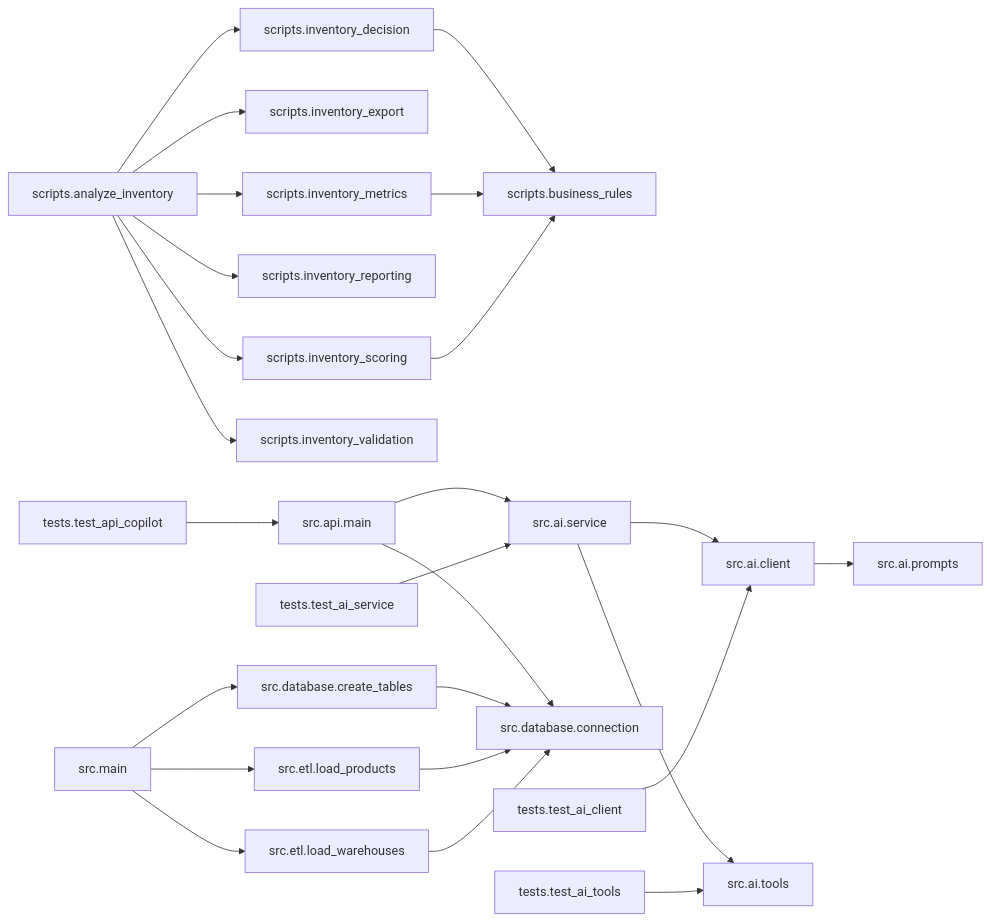
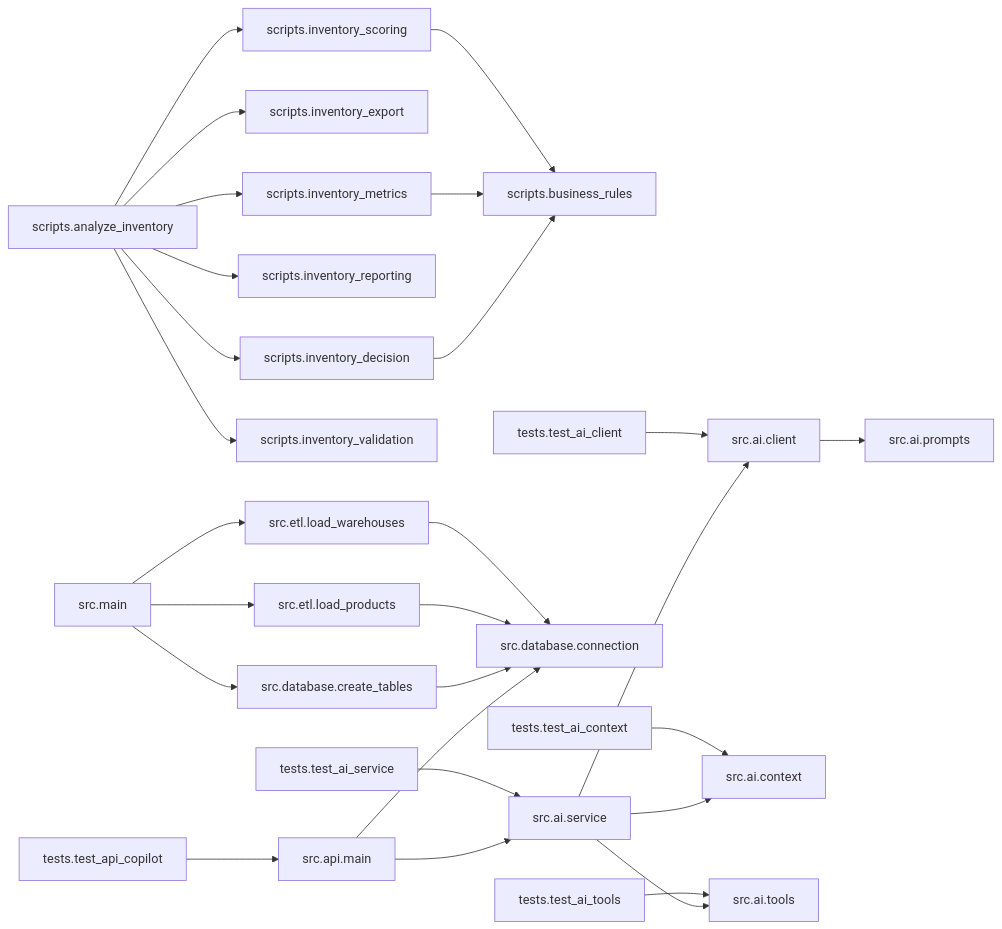
The diagram in docs/project_audit/PROJECT_AUDIT.md (RodsSoares/ai-supply-chain-copilot), drawn with Mermaid before and after one commit. The commit also changed other lines of this file and 6 other files, not shown here.

````diff
--- a/docs/project_audit/PROJECT_AUDIT.md
+++ b/docs/project_audit/PROJECT_AUDIT.md
@@ -476,27 +499,29 @@
 ```mermaid
 flowchart LR
     scripts_analyze_inventory["scripts.analyze_inventory"] --> scripts_inventory_decision["scripts.inventory_decision"]
     scripts_analyze_inventory["scripts.analyze_inventory"] --> scripts_inventory_export["scripts.inventory_export"]
     scripts_analyze_inventory["scripts.analyze_inventory"] --> scripts_inventory_metrics["scripts.inventory_metrics"]
     scripts_analyze_inventory["scripts.analyze_inventory"] --> scripts_inventory_reporting["scripts.inventory_reporting"]
     scripts_analyze_inventory["scripts.analyze_inventory"] --> scripts_inventory_scoring["scripts.inventory_scoring"]
     scripts_analyze_inventory["scripts.analyze_inventory"] --> scripts_inventory_validation["scripts.inventory_validation"]
     scripts_inventory_decision["scripts.inventory_decision"] --> scripts_business_rules["scripts.business_rules"]
     scripts_inventory_metrics["scripts.inventory_metrics"] --> scripts_business_rules["scripts.business_rules"]
     scripts_inventory_scoring["scripts.inventory_scoring"] --> scripts_business_rules["scripts.business_rules"]
     src_ai_client["src.ai.client"] --> src_ai_prompts["src.ai.prompts"]
     src_ai_service["src.ai.service"] --> src_ai_client["src.ai.client"]
+    src_ai_service["src.ai.service"] --> src_ai_context["src.ai.context"]
     src_ai_service["src.ai.service"] --> src_ai_tools["src.ai.tools"]
     src_api_main["src.api.main"] --> src_ai_service["src.ai.service"]
     src_api_main["src.api.main"] --> src_database_connection["src.database.connection"]
     src_database_create_tables["src.database.create_tables"] --> src_database_connection["src.database.connection"]
     src_etl_load_products["src.etl.load_products"] --> src_database_connection["src.database.connection"]
     src_etl_load_warehouses["src.etl.load_warehouses"] --> src_database_connection["src.database.connection"]
     src_main["src.main"] --> src_database_create_tables["src.database.create_tables"]
     src_main["src.main"] --> src_etl_load_products["src.etl.load_products"]
     src_main["src.main"] --> src_etl_load_warehouses["src.etl.load_warehouses"]
     tests_test_ai_client["tests.test_ai_client"] --> src_ai_client["src.ai.client"]
+    tests_test_ai_context["tests.test_ai_context"] --> src_ai_context["src.ai.context"]
     tests_test_ai_service["tests.test_ai_service"] --> src_ai_service["src.ai.service"]
     tests_test_ai_tools["tests.test_ai_tools"] --> src_ai_tools["src.ai.tools"]
     tests_test_api_copilot["tests.test_api_copilot"] --> src_api_main["src.api.main"]
 ```
````
